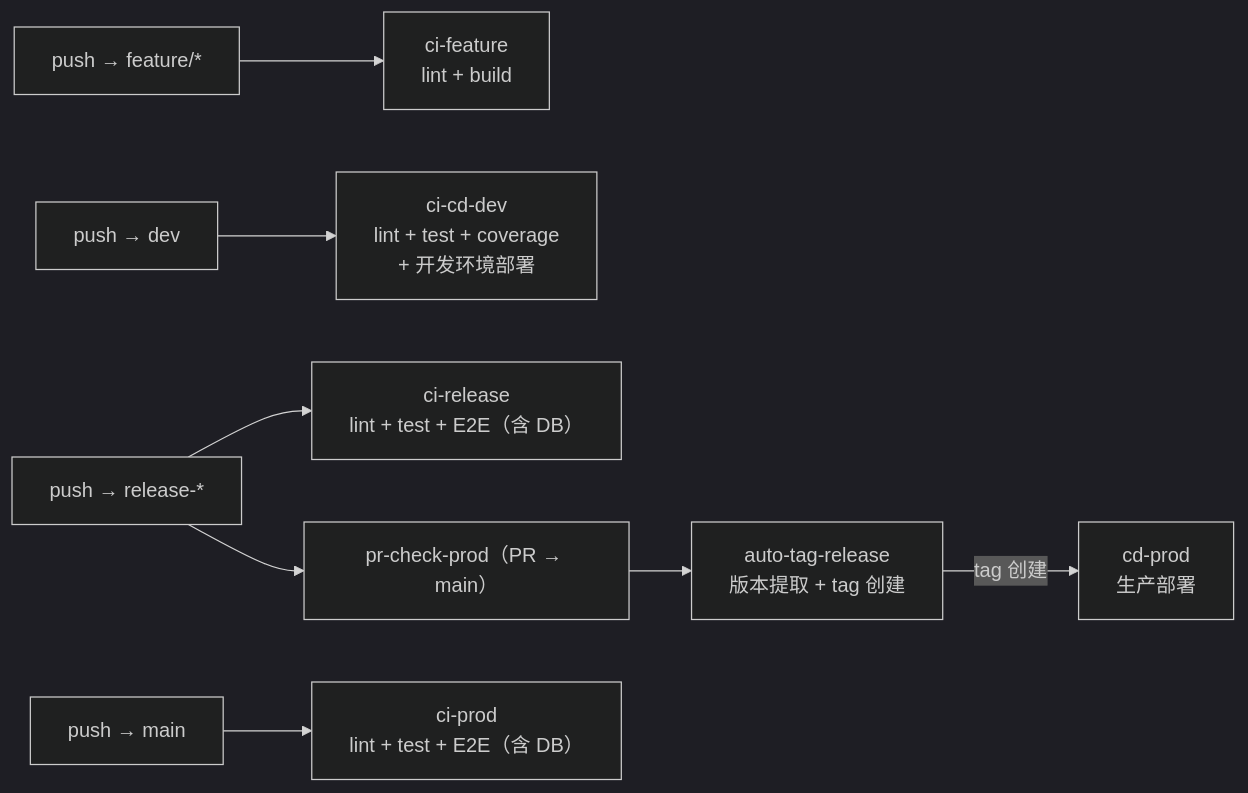
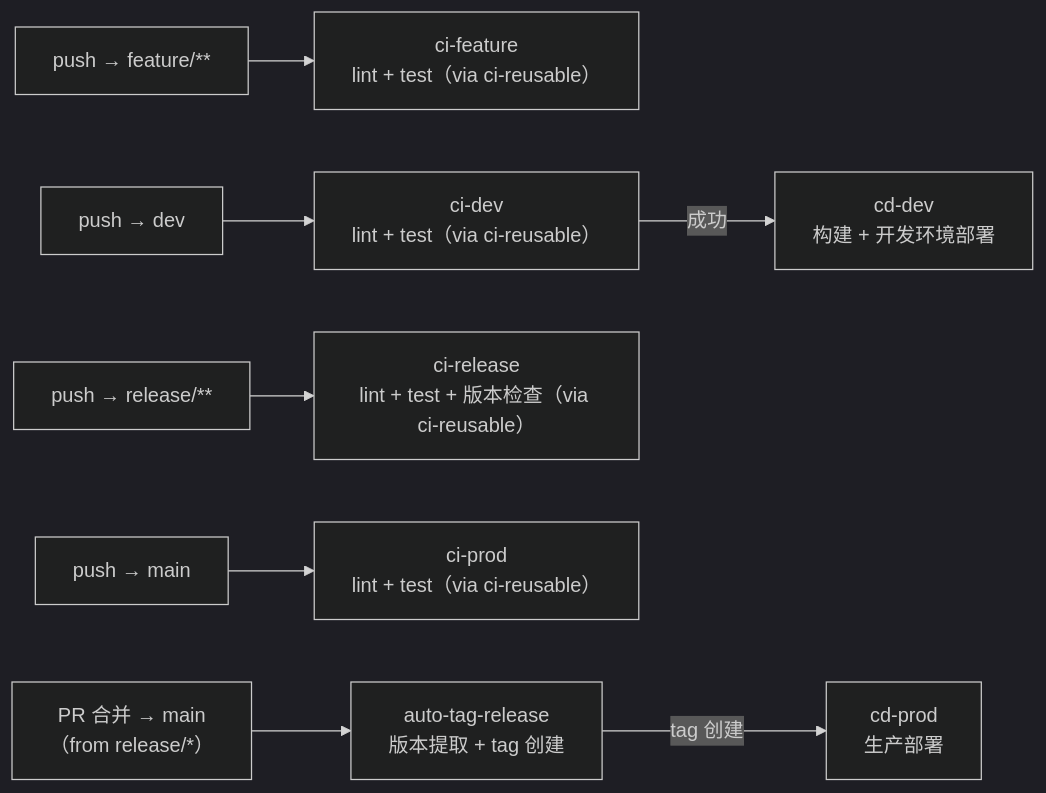
Before and after one commit to gdmuna/NestJS-Scaffold: the first of 3 diagrams in docs/02-architecture/cicd-deployment.md, drawn with Mermaid (dark theme). The commit also changed other lines of this file and 15 other files, not shown here.

````diff
--- a/docs/02-architecture/cicd-deployment.md
+++ b/docs/02-architecture/cicd-deployment.md
@@ -21,10 +21,10 @@
 ```mermaid
 flowchart LR
-    FT["push → feature/*"] --> CF["ci-feature\nlint + build"]
-    DV["push → dev"] --> CICDD["ci-cd-dev\nlint + test + coverage\n+ 开发环境部署"]
-    RL["push → release-*"] --> CR["ci-release\nlint + test + E2E（含 DB）"]
-    RL --> PRD["pr-check-prod（PR → main）"]
-    PRD --> AT["auto-tag-release\n版本提取 + tag 创建"]
+    FT["push → feature/**"] --> CF["ci-feature\nlint + test（via ci-reusable）"]
+    DV["push → dev"] --> CIDEV["ci-dev\nlint + test（via ci-reusable）"]
+    CIDEV -- "成功" --> CDDEV["cd-dev\n构建 + 开发环境部署"]
+    RL["push → release/**"] --> CR["ci-release\nlint + test + 版本检查（via ci-reusable）"]
+    MN["push → main"] --> CP["ci-prod\nlint + test（via ci-reusable）"]
+    PRD["PR 合并 → main\n（from release/*）"] --> AT["auto-tag-release\n版本提取 + tag 创建"]
     AT -- "tag 创建" --> CDP["cd-prod\n生产部署"]
-    MN["push → main"] --> CP["ci-prod\nlint + test + E2E（含 DB）"]
 ```
````
